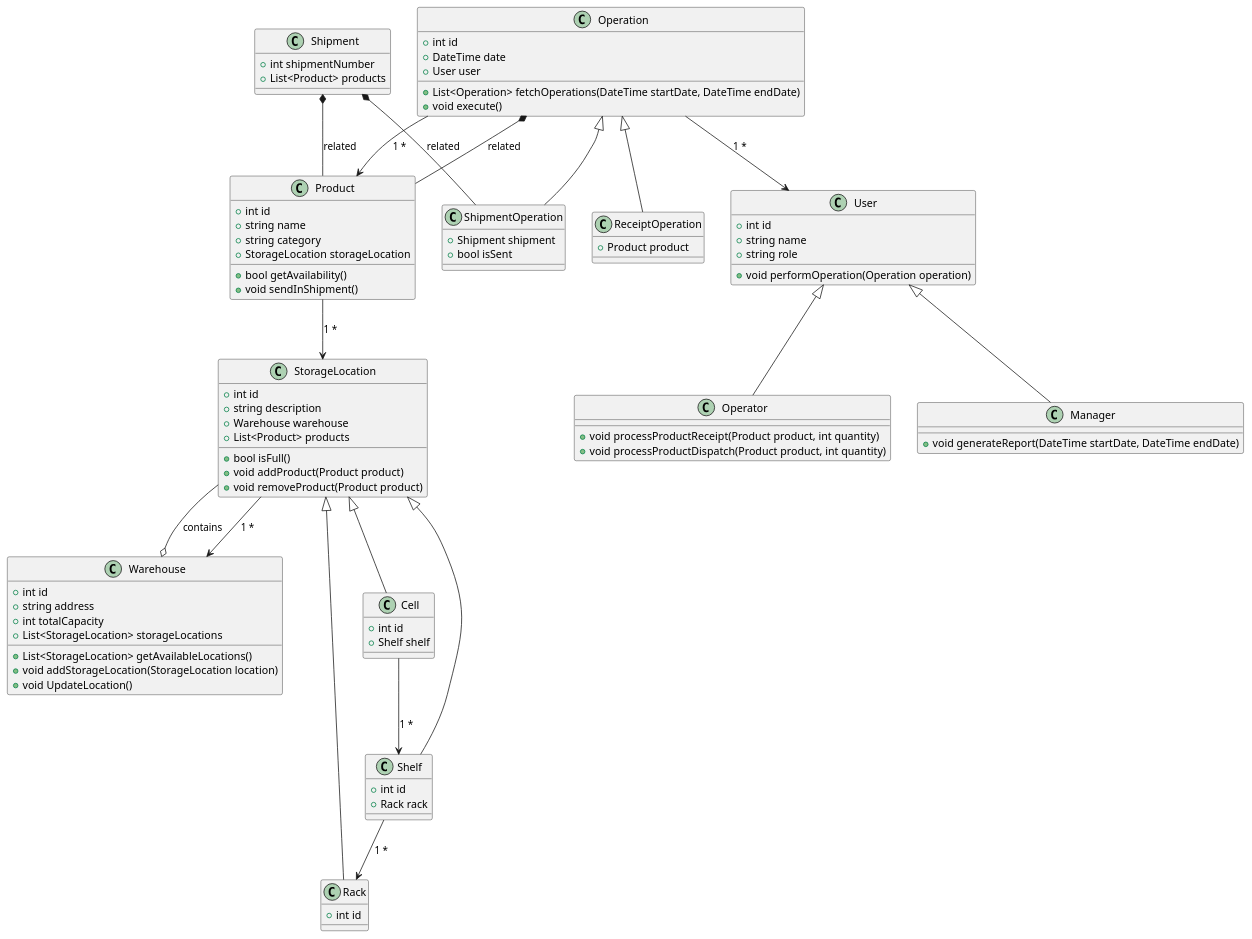
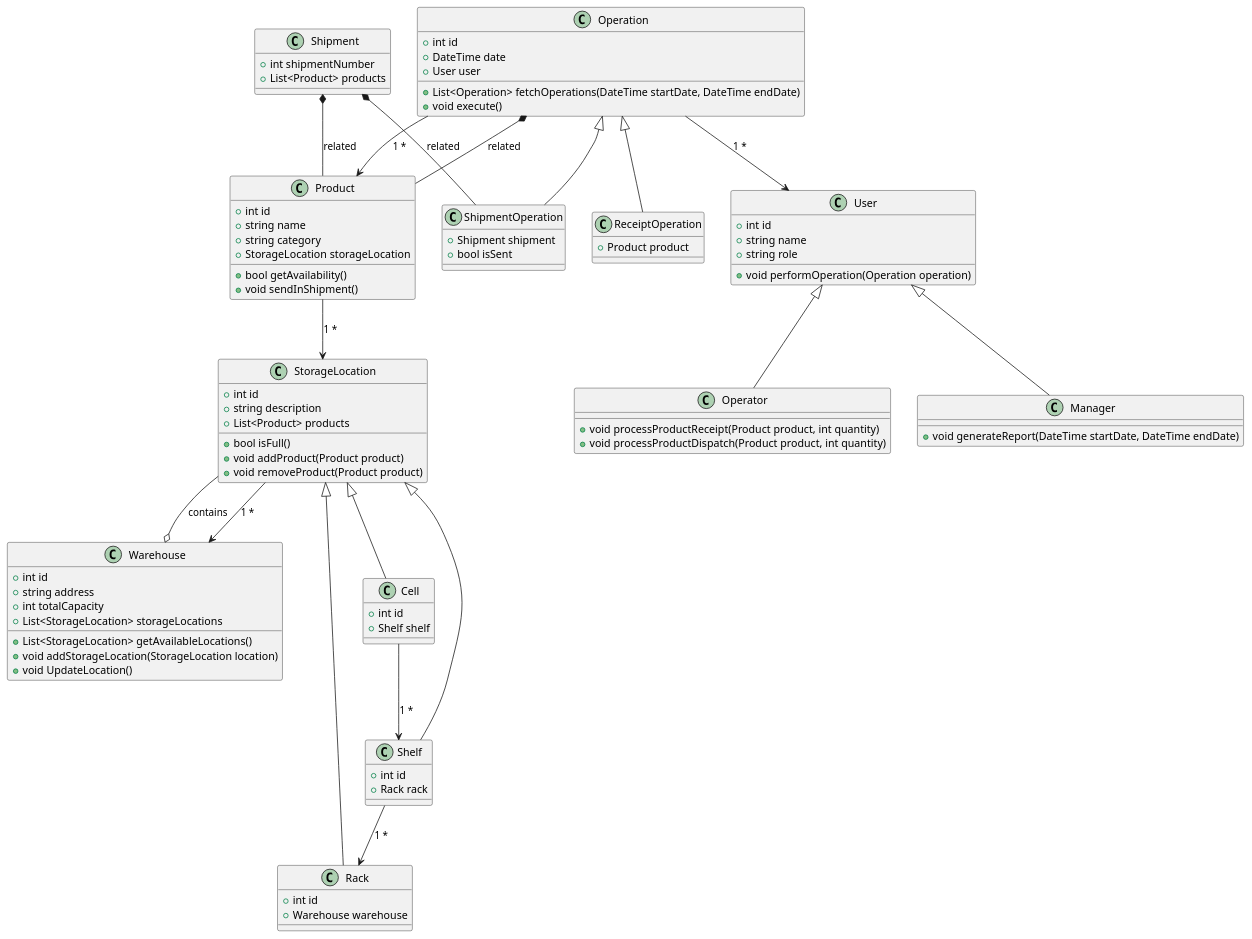
Before and after one commit to penamarth/bsbo-01-22_team6_var6: the diagram in Модель предметной области.md, drawn with PlantUML. The commit also changed other lines of this file and 6 other files, not shown here.

Commit message:
feat: changed class diagram

```diff
--- a/Модель предметной области.md
+++ b/Модель предметной области.md
@@ -58,7 +58,6 @@
 class StorageLocation {
     +int id
     +string description
-    +Warehouse warehouse
     +List<Product> products
     +bool isFull()
     +void addProduct(Product product)
@@ -67,6 +66,7 @@
 
 class Rack{
     +int id
+    +Warehouse warehouse
 }
 
 class Shelf{
```
